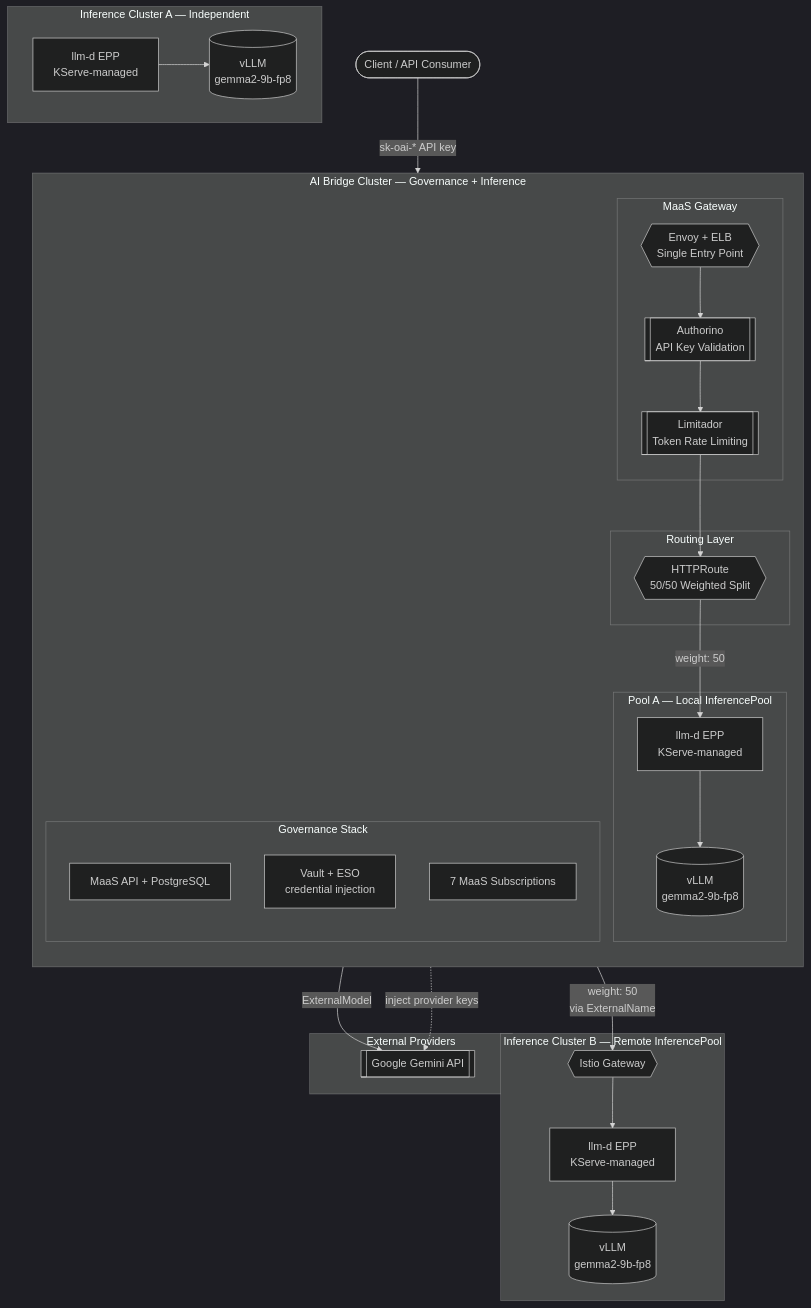
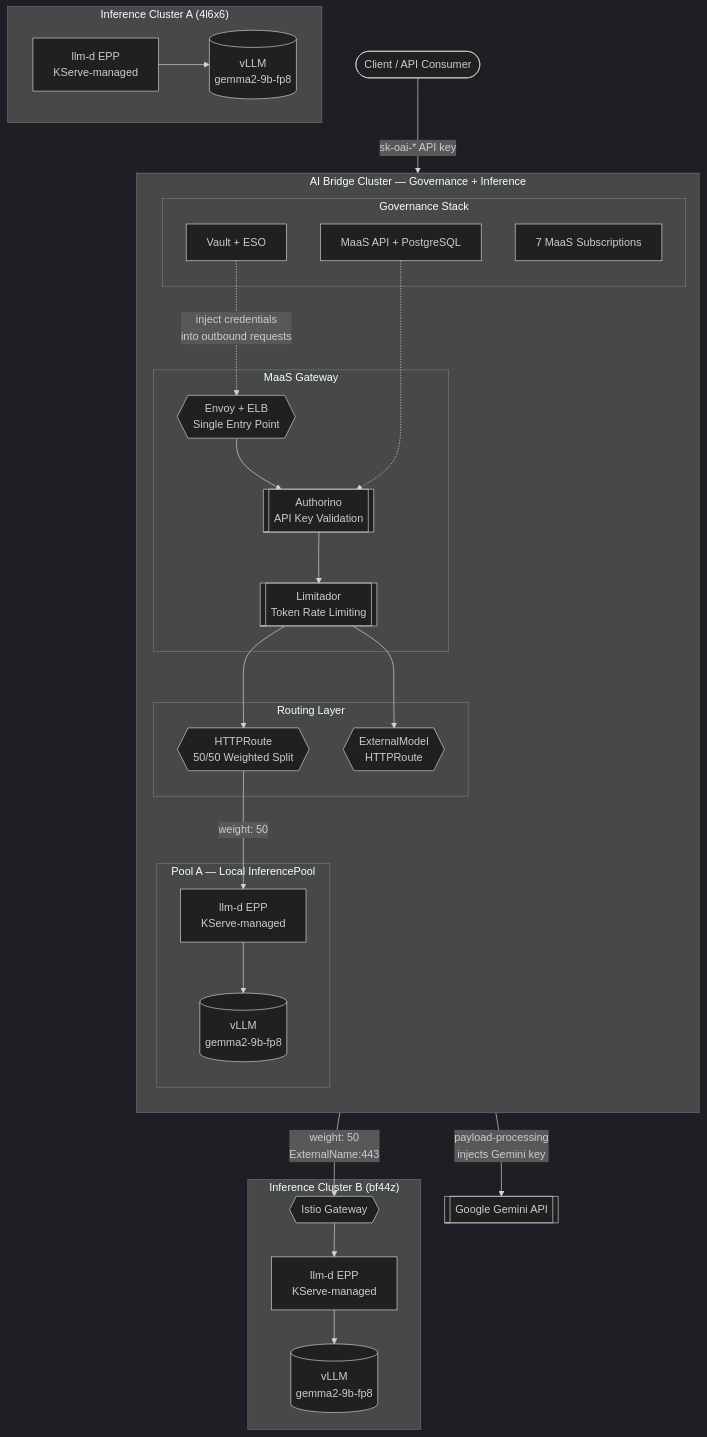
The first of 3 diagrams in docs/customer2-demo-narrative.md (rrbanda/maas-demo), drawn with Mermaid (dark theme) before and after one commit. The commit also changed other lines of this file, not shown here.

Commit message:
Fix architecture diagram to match actual setup exactly
- Vault injects credentials into Gateway (not directly to Gemini)
- ExternalModel has its own HTTPRoute (separate from weighted LB route)
- MaaSAPI connects to Authorino (key validation path)
- Cluster A shown with cluster ID, connected in diagram but noted as independent
- Gemini shown outside subgraphs (it's external, not a cluster)
- Added component table explaining what each box does in this setup

````diff
--- a/docs/customer2-demo-narrative.md
+++ b/docs/customer2-demo-narrative.md
@@ -71,58 +71,59 @@
 ```mermaid
 flowchart TB
     Client(["Client / API Consumer"])
 
     subgraph bridge ["AI Bridge Cluster — Governance + Inference"]
         direction TB
 
         subgraph gateway ["MaaS Gateway"]
             GW{{"Envoy + ELB<br/>Single Entry Point"}}
             Auth[["Authorino<br/>API Key Validation"]]
             Lim[["Limitador<br/>Token Rate Limiting"]]
         end
 
         subgraph routing ["Routing Layer"]
             HTTPRoute{{"HTTPRoute<br/>50/50 Weighted Split"}}
+            ExRoute{{"ExternalModel<br/>HTTPRoute"}}
         end
 
         subgraph localPool ["Pool A — Local InferencePool"]
             EPP_local["llm-d EPP<br/>KServe-managed"]
             vLLM_local[("vLLM<br/>gemma2-9b-fp8")]
             EPP_local --> vLLM_local
         end
 
         subgraph govStack ["Governance Stack"]
             MaaSAPI["MaaS API + PostgreSQL"]
-            Vault["Vault + ESO<br/>credential injection"]
+            Vault["Vault + ESO"]
             Subs["7 MaaS Subscriptions"]
         end
 
         GW --> Auth
         Auth --> Lim
         Lim --> HTTPRoute
+        Lim --> ExRoute
         HTTPRoute -->|"weight: 50"| EPP_local
+        MaaSAPI -.-> Auth
+        Vault -.->|"inject credentials<br/>into outbound requests"| GW
     end
 
-    subgraph clusterB ["Inference Cluster B — Remote InferencePool"]
+    subgraph clusterB ["Inference Cluster B (bf44z)"]
         GW_B{{"Istio Gateway"}}
         EPP_B["llm-d EPP<br/>KServe-managed"]
         vLLM_B[("vLLM<br/>gemma2-9b-fp8")]
         GW_B --> EPP_B
         EPP_B --> vLLM_B
     end
 
-    subgraph clusterA ["Inference Cluster A — Independent"]
+    subgraph clusterA ["Inference Cluster A (4l6x6)"]
         EPP_A["llm-d EPP<br/>KServe-managed"]
         vLLM_A[("vLLM<br/>gemma2-9b-fp8")]
         EPP_A --> vLLM_A
     end
 
-    subgraph external ["External Providers"]
-        Gemini[["Google Gemini API"]]
-    end
+    Gemini[["Google Gemini API"]]
 
     Client -->|"sk-oai-* API key"| GW
-    HTTPRoute -->|"weight: 50<br/>via ExternalName"| GW_B
-    GW -->|"ExternalModel"| Gemini
-    Vault -.->|"inject provider keys"| Gemini
+    HTTPRoute -->|"weight: 50<br/>ExternalName:443"| GW_B
+    ExRoute -->|"payload-processing<br/>injects Gemini key"| Gemini
 ```
````
